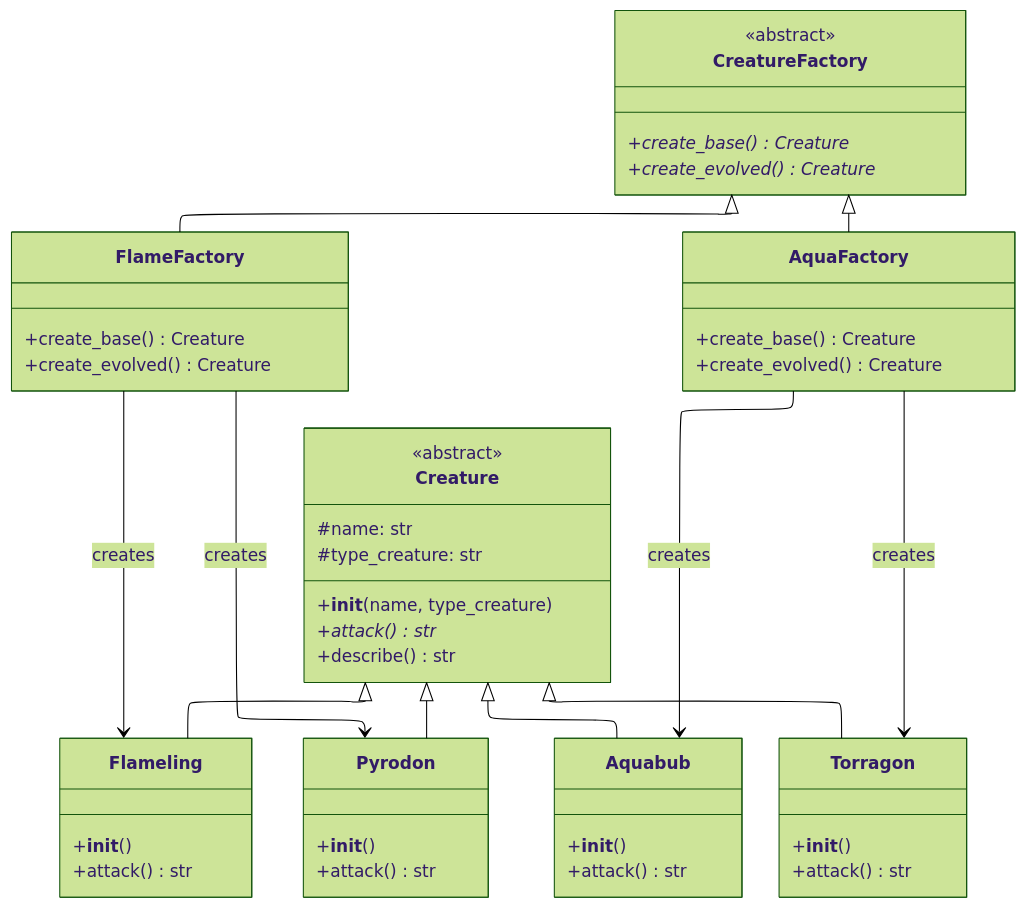
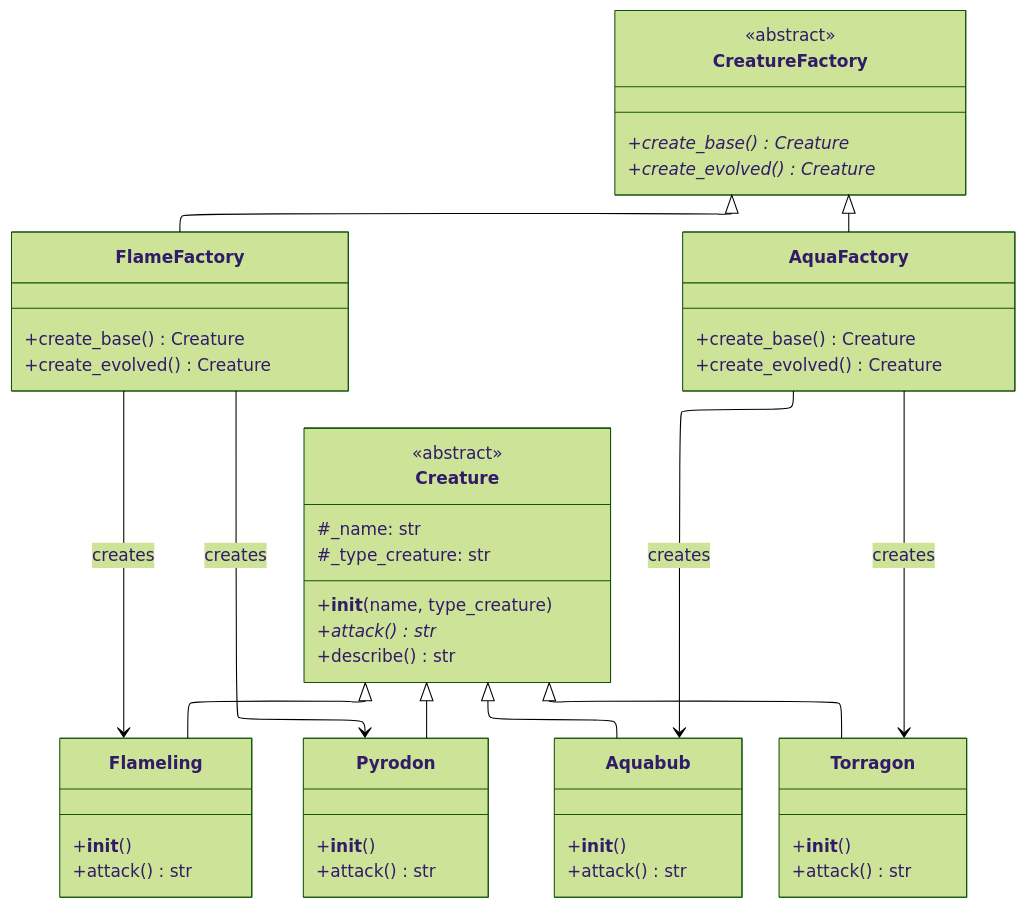
The diagram in ex0/readme.md (crlscb/python07), drawn with Mermaid (forest theme) before and after one commit. The commit also changed 3 other files, not shown here.

````diff
--- a/ex0/readme.md
+++ b/ex0/readme.md
@@ -3,65 +3,66 @@
 ```mermaid
 ---
 config:
   layout: elk
 ---
 classDiagram
+
     class Creature {
         <<abstract>>
-        #name: str
-        #type_creature: str
+        #_name: str
+        #_type_creature: str
         +__init__(name, type_creature)
         +attack()* str
         +describe() str
     }
 
     class Flameling {
         +__init__()
         +attack() str
     }
 
     class Pyrodon {
         +__init__()
         +attack() str
     }
 
     class Aquabub {
         +__init__()
         +attack() str
     }
 
     class Torragon {
         +__init__()
         +attack() str
     }
 
     class CreatureFactory {
         <<abstract>>
         +create_base()* Creature
         +create_evolved()* Creature
     }
 
     class FlameFactory {
         +create_base() Creature
         +create_evolved() Creature
     }
 
     class AquaFactory {
         +create_base() Creature
         +create_evolved() Creature
     }
 
     Creature <|-- Flameling
     Creature <|-- Pyrodon
     Creature <|-- Aquabub
     Creature <|-- Torragon
 
     CreatureFactory <|-- FlameFactory
     CreatureFactory <|-- AquaFactory
 
     FlameFactory --> Flameling : creates
     FlameFactory --> Pyrodon : creates
 
     AquaFactory --> Aquabub : creates
     AquaFactory --> Torragon : creates
 ```
````
